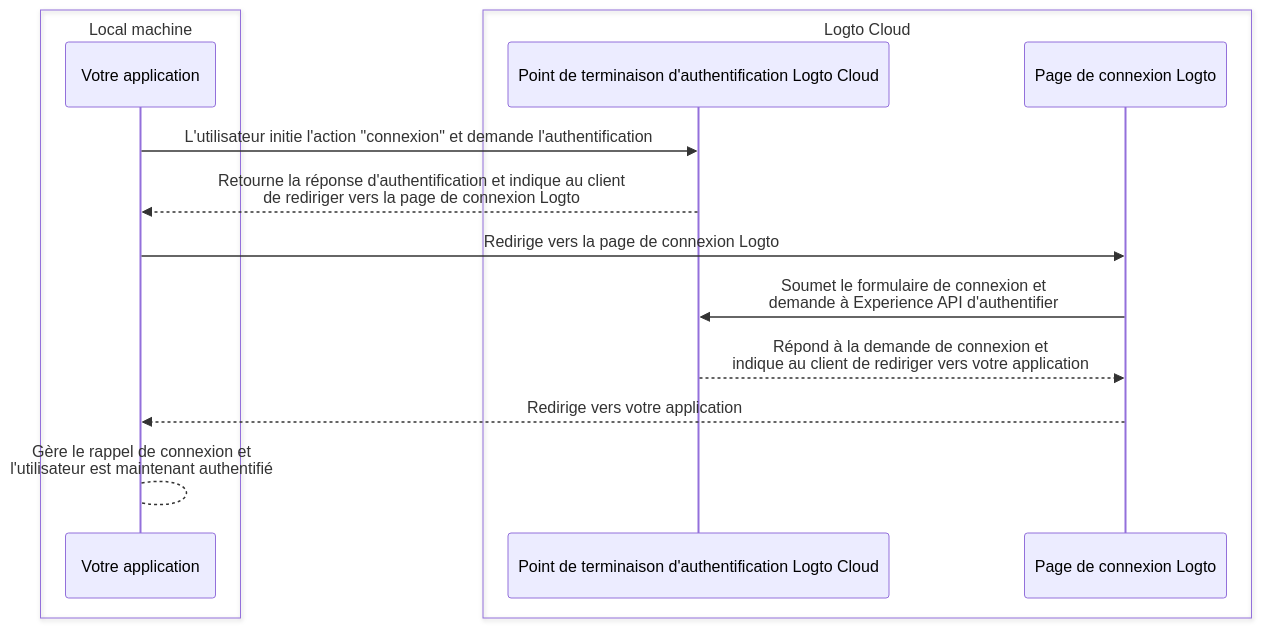
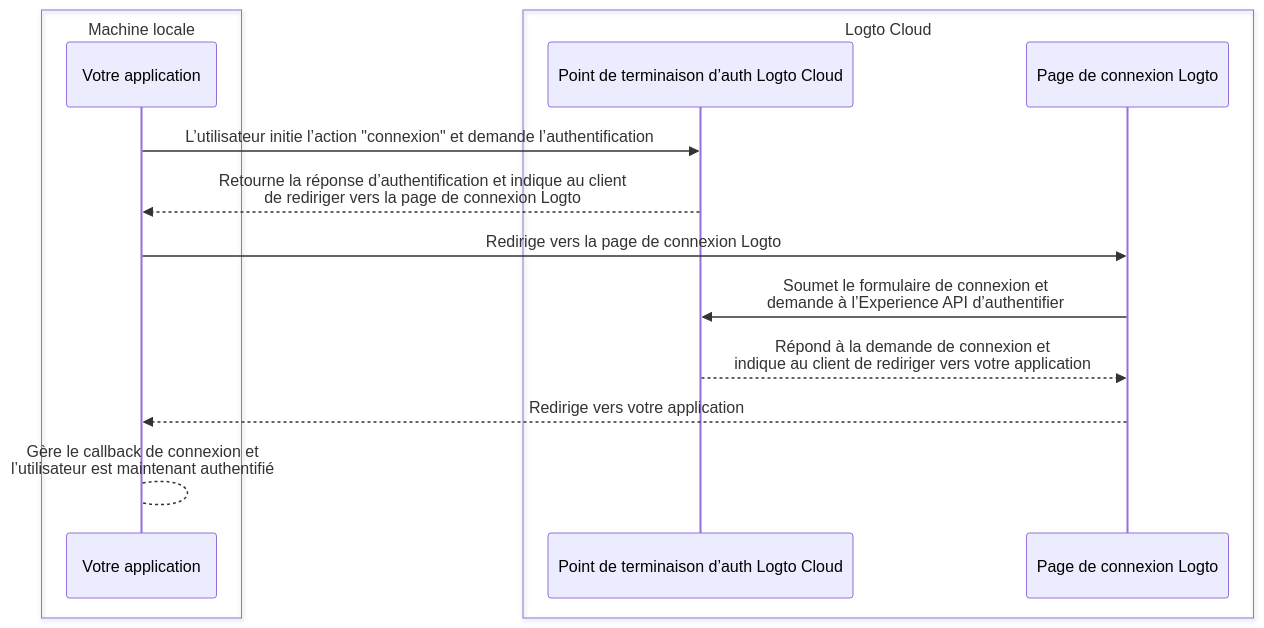
The first of 2 diagrams in i18n/fr/docusaurus-plugin-content-docs/current/customization/bring-your-ui/debug-and-test-your-custom-ui-locally.mdx (logto-io/docs), drawn with Mermaid before and after one commit. The commit also changed other lines of this file and 666 other files, not shown here.

````diff
--- a/i18n/fr/docusaurus-plugin-content-docs/current/customization/bring-your-ui/debug-and-test-your-custom-ui-locally.mdx
+++ b/i18n/fr/docusaurus-plugin-content-docs/current/customization/bring-your-ui/debug-and-test-your-custom-ui-locally.mdx
@@ -18,17 +19,17 @@
 ```mermaid
 sequenceDiagram
-    box Local machine
+    box Machine locale
     participant A as Votre application
     end
     box Logto Cloud
-    participant B as Point de terminaison d'authentification Logto Cloud
+    participant B as Point de terminaison d’auth Logto Cloud
     participant C as Page de connexion Logto
     end
-    A ->> B: L'utilisateur initie l'action "connexion" et demande l'authentification
-    B -->> A: Retourne la réponse d'authentification et indique au client<br/>de rediriger vers la page de connexion Logto
+    A ->> B: L’utilisateur initie l’action "connexion" et demande l’authentification
+    B -->> A: Retourne la réponse d’authentification et indique au client<br/>de rediriger vers la page de connexion Logto
     A ->> C: Redirige vers la page de connexion Logto
-    C ->> B: Soumet le formulaire de connexion et<br/>demande à Experience API d'authentifier
+    C ->> B: Soumet le formulaire de connexion et<br/>demande à l’Experience API d’authentifier
     B -->> C: Répond à la demande de connexion et<br/>indique au client de rediriger vers votre application
     C -->> A: Redirige vers votre application
-    A --> A: Gère le rappel de connexion et<br/>l'utilisateur est maintenant authentifié
+    A --> A: Gère le callback de connexion et<br/>l’utilisateur est maintenant authentifié
 ```
````
